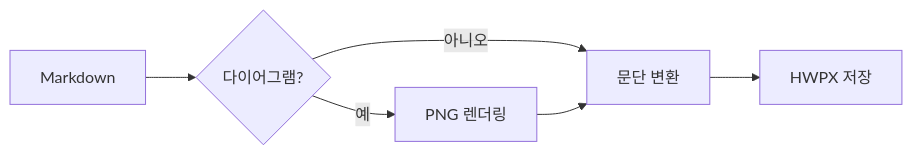
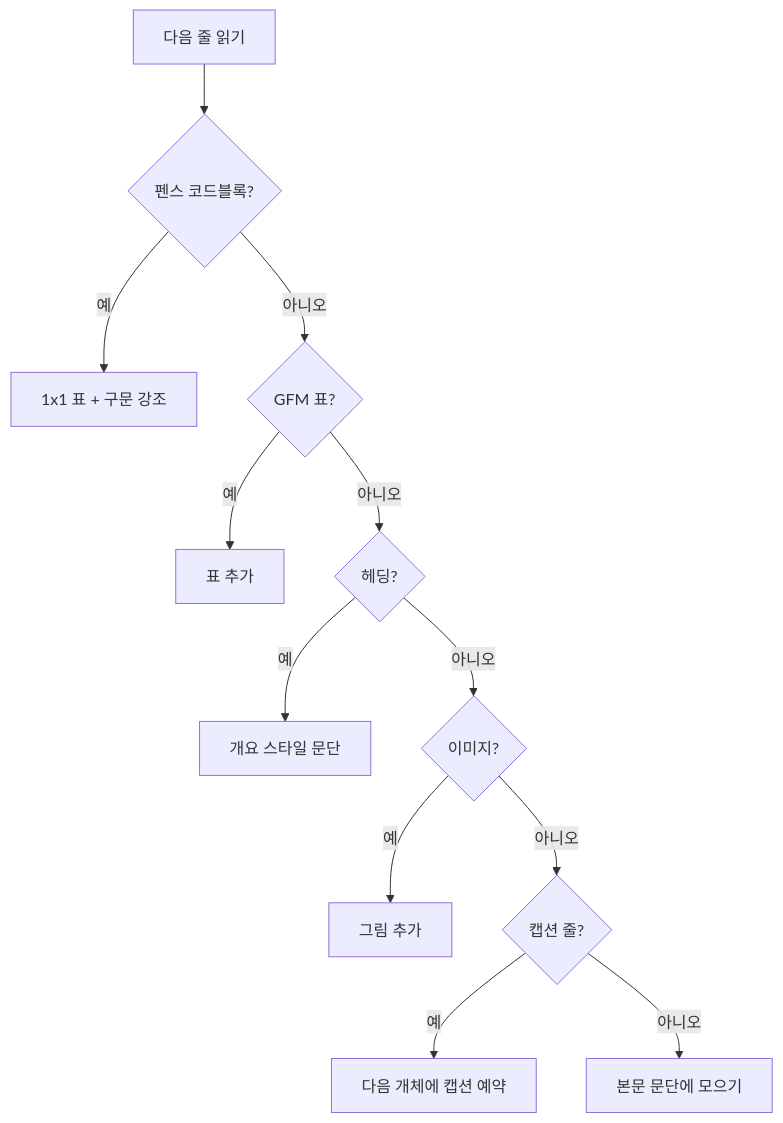
The second of 2 diagrams in samples/sample.md (ilwoong/md2hwpx), drawn with Mermaid before and after one commit. The commit also changed other lines of this file, not shown here.

````diff
--- a/samples/sample.md
+++ b/samples/sample.md
@@ -50,8 +54,14 @@
 ```mermaid
-flowchart LR
-    A[Markdown] --> B{다이어그램?}
-    B -- 예 --> C[PNG 렌더링]
-    B -- 아니오 --> D[문단 변환]
-    C --> D
-    D --> E[HWPX 저장]
+flowchart TD
+    A[다음 줄 읽기] --> B{펜스 코드블록?}
+    B -- 예 --> C[1x1 표 + 구문 강조]
+    B -- 아니오 --> D{GFM 표?}
+    D -- 예 --> E[표 추가]
+    D -- 아니오 --> F{헤딩?}
+    F -- 예 --> G[개요 스타일 문단]
+    F -- 아니오 --> H{이미지?}
+    H -- 예 --> I[그림 추가]
+    H -- 아니오 --> J{캡션 줄?}
+    J -- 예 --> K[다음 개체에 캡션 예약]
+    J -- 아니오 --> L[본문 문단에 모으기]
 ```
````
